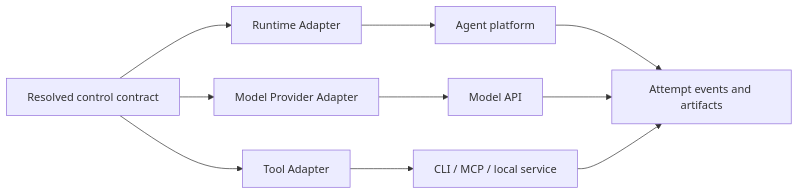
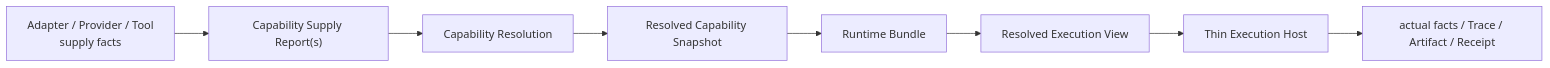
The diagram in docs/modules/09-ADAPTERS_AND_INTEGRATIONS.md (Chengyue-Lu/research-agent-workbench), drawn with Mermaid before and after one commit. The commit also changed other lines of this file and 43 other files, not shown here.

Commit message:
docs: align post-integration architecture and task truth

````diff
--- a/docs/modules/09-ADAPTERS_AND_INTEGRATIONS.md
+++ b/docs/modules/09-ADAPTERS_AND_INTEGRATIONS.md
@@ -11,12 +14,10 @@
 ```mermaid
 flowchart LR
-    C["Resolved control contract"] --> R["Runtime Adapter"]
-    C --> P["Model Provider Adapter"]
-    C --> T["Tool Adapter"]
-    R --> X["Agent platform"]
-    P --> M["Model API"]
-    T --> U["CLI / MCP / local service"]
-    X --> A["Attempt events and artifacts"]
-    M --> A
-    U --> A
+    S["Adapter / Provider / Tool\nsupply facts"] --> R["Capability Supply Report(s)"]
+    R --> C["Capability Resolution"]
+    C --> P["Resolved Capability Snapshot"]
+    P --> B["Runtime Bundle"]
+    B --> V["Resolved Execution View"]
+    V --> H["Thin Execution Host"]
+    H --> A["actual facts / Trace / Artifact / Receipt"]
 ```
````
